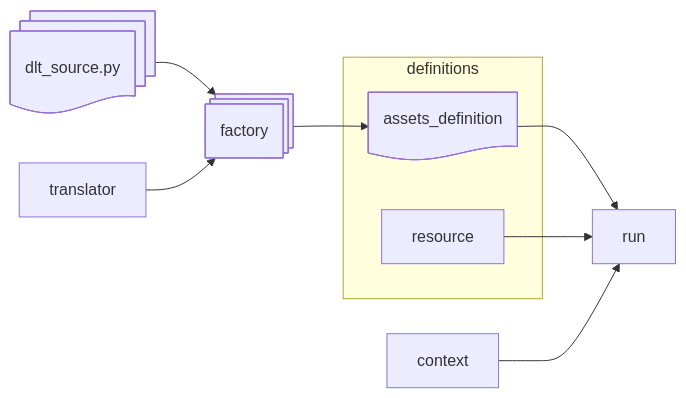
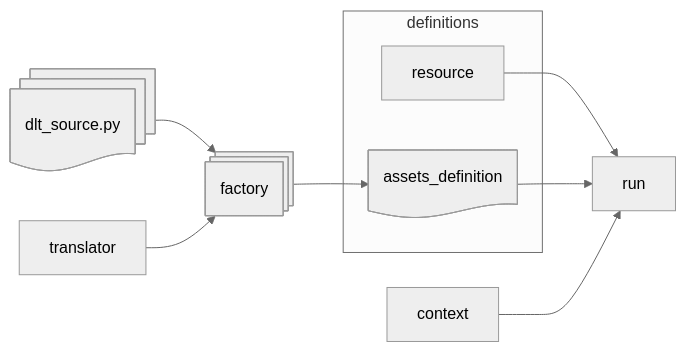
One commit to seancunningham/dagster-dbt-snowflake changed the diagram in docs/docs/dltHub.md. Above: the diagram before and after it, drawn with Mermaid. The commit also changed other lines of this file and 43 other files, not shown here.

````diff
--- a/docs/docs/dltHub.md
+++ b/docs/docs/dltHub.md
@@ -10,14 +10,24 @@
 ``` mermaid
+---
+config:
+  theme: neutral
+---
 flowchart LR
-dlt_source.py@{ shape: docs }-->factory
-translator --> factory
-factory@{ shape: procs } --> assets_definition
-    subgraph definitions
-        assets_definition
-        resource
-    end
-context
-assets_definition@{ shape: doc } --> run
-resource --> run
-context --> run
+ subgraph s1["definitions"]
+        n4["assets_definition"]
+        n5["resource"]
+  end
+    n1["dlt_source.py"] --> n3["factory"]
+    n2["translator"] --> n3
+    n3 --> n4
+    n5 --> n7["run"]
+    n4 --> n7
+    n6["context"] --> n7
+    n4@{ shape: doc}
+    n5@{ shape: proc}
+    n1@{ shape: docs}
+    n3@{ shape: procs}
+    n2@{ shape: rect}
+    n7@{ shape: proc}
+    n6@{ shape: proc}
 ```
````
